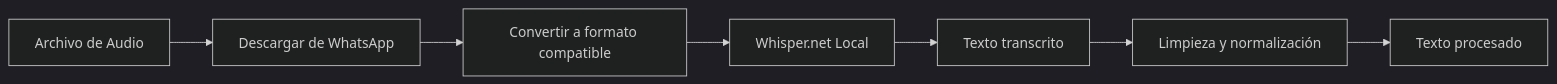
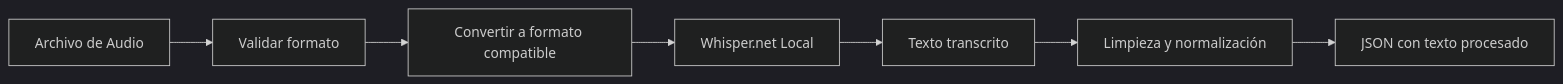
The sixth of 7 diagrams in README.md (industrial-dev/saveyournote), drawn with Mermaid (dark theme) before and after one commit. The commit also changed other lines of this file and 4 other files, not shown here.

Commit message:
📝 Update README.md and add architecture diagram

````diff
--- a/README.md
+++ b/README.md
@@ -610,9 +573,9 @@
 ```mermaid
 flowchart LR
-    Audio[Archivo de Audio] --> Download[Descargar de WhatsApp]
-    Download --> Convert[Convertir a formato compatible]
+    Audio[Archivo de Audio] --> Validar[Validar formato]
+    Validar --> Convert[Convertir a formato compatible]
     Convert --> Whisper[Whisper.net Local]
     Whisper --> Text[Texto transcrito]
     Text --> Cleanup[Limpieza y normalización]
-    Cleanup --> Output[Texto procesado]
+    Cleanup --> Output[JSON con texto procesado]
 ```
````
